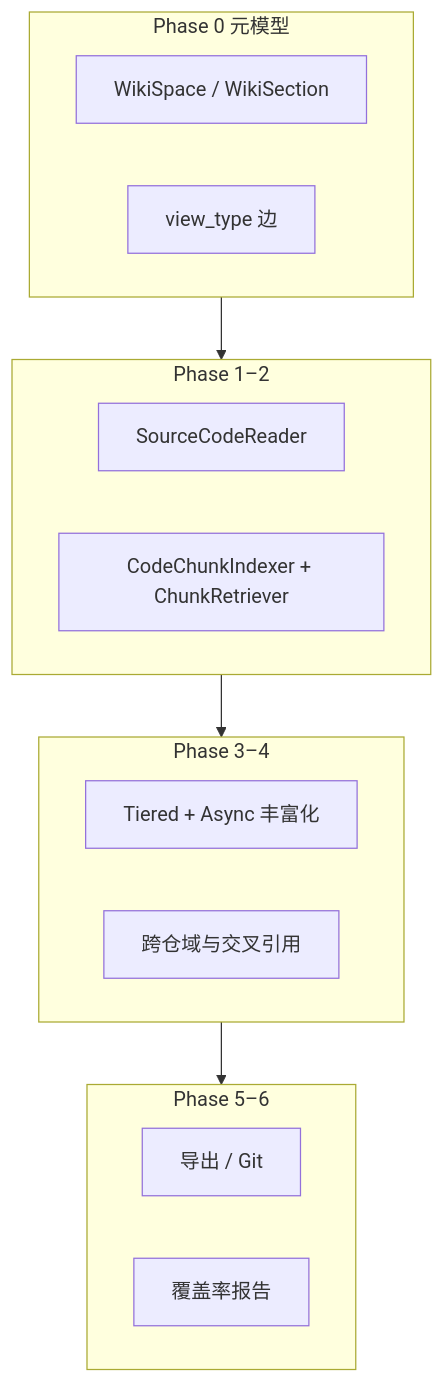
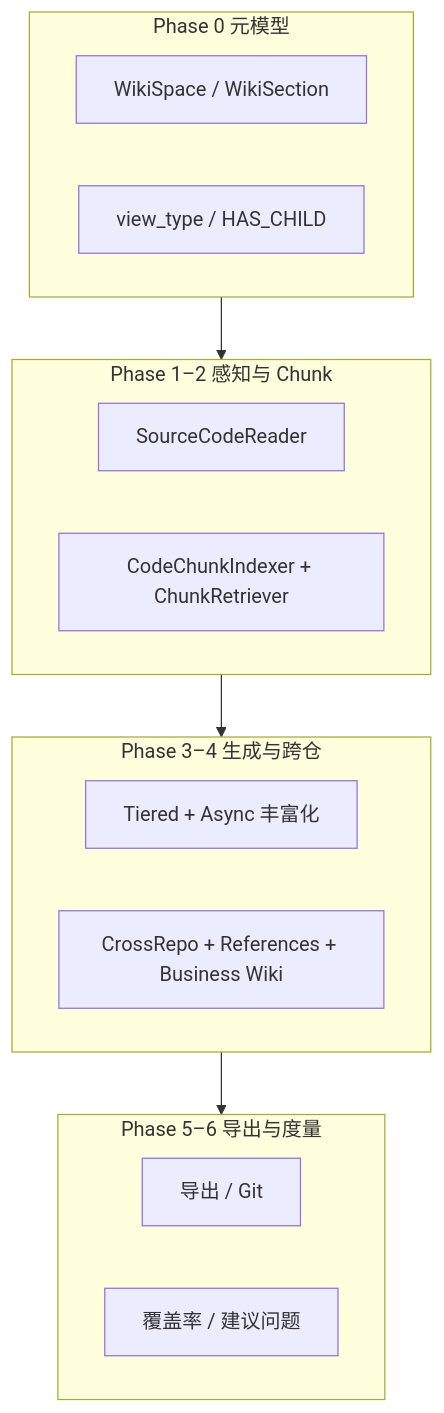
Before and after one commit to EarthChen/knowledge-base-service: the second of 3 diagrams in docs/wiki-generation-architecture.md, drawn with Mermaid. The commit also changed other lines of this file and 12 other files, not shown here.

````diff
--- a/docs/wiki-generation-architecture.md
+++ b/docs/wiki-generation-architecture.md
@@ -67,20 +165,20 @@
 ```mermaid
 flowchart TB
-  subgraph meta [Phase 0 元模型]
+  subgraph P0 [Phase 0 元模型]
     WS[WikiSpace / WikiSection]
-    VT[view_type 边]
+    VT[view_type / HAS_CHILD]
   end
-  subgraph aware [Phase 1–2]
+  subgraph P12 [Phase 1–2 感知与 Chunk]
     SCR[SourceCodeReader]
-    RAG[CodeChunkIndexer + ChunkRetriever]
+    CHK[CodeChunkIndexer + ChunkRetriever]
   end
-  subgraph gen [Phase 3–4]
-    TIER[Tiered + Async 丰富化]
-    XREPO[跨仓域与交叉引用]
+  subgraph P34 [Phase 3–4 生成与跨仓]
+    ENR[Tiered + Async 丰富化]
+    XR[CrossRepo + References + Business Wiki]
   end
-  subgraph ship [Phase 5–6]
+  subgraph P56 [Phase 5–6 导出与度量]
     EXP[导出 / Git]
-    QA[覆盖率报告]
+    COV[覆盖率 / 建议问题]
   end
-  meta --> aware --> gen --> ship
+  P0 --> P12 --> P34 --> P56
 ```
````
